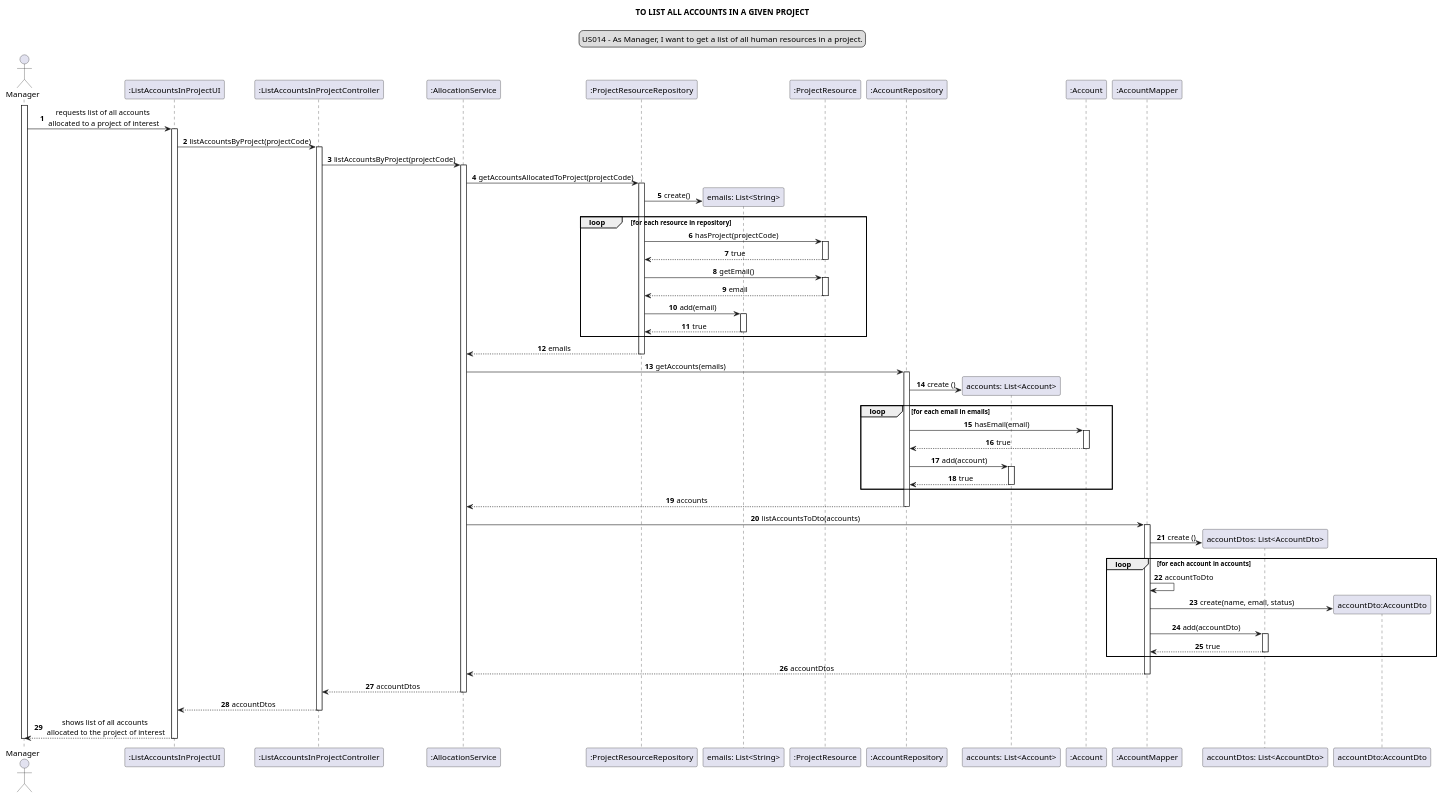
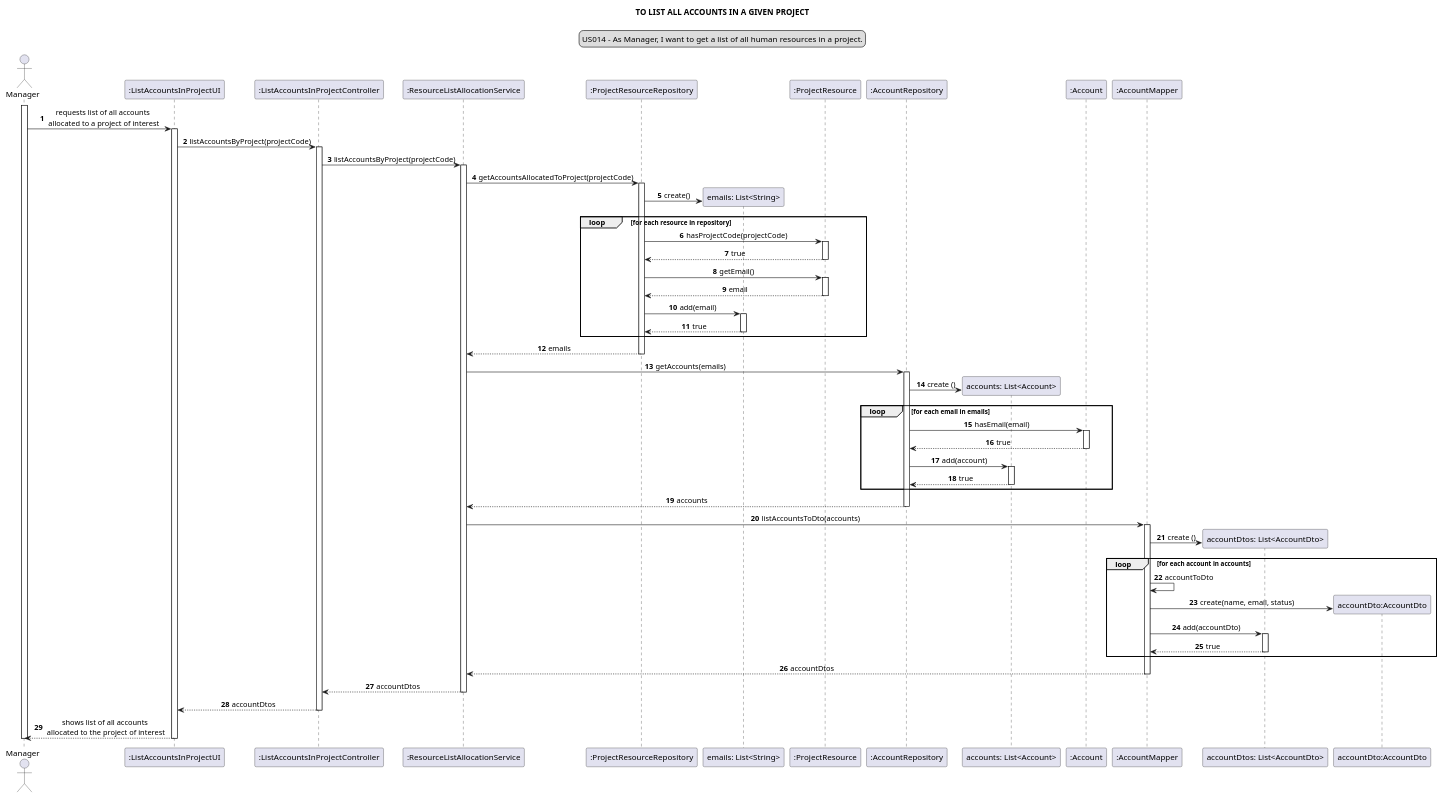
The diagram in docs/modelling_design/user_stories/sprint02/us014/US014_sequenceDiagram_ddd.puml (Loracline/project_switch_22-23), drawn with PlantUML before and after one commit. The commit also changed 1 other file, not shown here.

Commit message:
US014: Design: Updated sequence and class diagrams, addresses #435

```diff
--- a/docs/modelling_design/user_stories/sprint02/us014/US014_sequenceDiagram_ddd.puml
+++ b/docs/modelling_design/user_stories/sprint02/us014/US014_sequenceDiagram_ddd.puml
@@ -1,91 +1,91 @@
 @startuml
 
 skinparam sequenceMessageAlign center
 title TO LIST ALL ACCOUNTS IN A GIVEN PROJECT
 legend top
 US014 - As Manager, I want to get a list of all human resources in a project.
 end legend
 autonumber
 actor Manager
 
 participant ":ListAccountsInProjectUI" as ui
 participant ":ListAccountsInProjectController" as controller
-participant ":AllocationService" as service
+participant ":ResourceListAllocationService" as service
 participant ":ProjectResourceRepository" as resourceRepo
 participant "emails: List<String>" as emailList
 participant ":ProjectResource" as resource
 participant ":AccountRepository" as accountRepo
 participant "accounts: List<Account>" as list
 participant ":Account" as account
 participant ":AccountMapper" as mapper
 participant "accountDtos: List<AccountDto>" as dtoList
 participant "accountDto:AccountDto" as dto
 
 
 activate Manager
 Manager -> ui: requests list of all accounts\n allocated to a project of interest
 activate ui
 ui -> controller: listAccountsByProject(projectCode)
 activate controller
 controller -> service: listAccountsByProject(projectCode)
 activate service
 service -> resourceRepo: getAccountsAllocatedToProject(projectCode)
 activate resourceRepo
 create emailList
 resourceRepo -> emailList: create()
 loop for each resource in repository
-resourceRepo -> resource: hasProject(projectCode)
+resourceRepo -> resource: hasProjectCode(projectCode)
 activate resource
 resource --> resourceRepo: true
 deactivate
 resourceRepo -> resource: getEmail()
 activate resource
 resource --> resourceRepo: email
 deactivate
 resourceRepo -> emailList: add(email)
 activate emailList
 emailList --> resourceRepo: true
 deactivate
 end loop
 service <-- resourceRepo:  emails
 deactivate resourceRepo
 service -> accountRepo: getAccounts(emails)
 activate accountRepo
 create list
 accountRepo -> list: create ()
 loop for each email in emails
 accountRepo -> account: hasEmail(email)
 activate account
 account --> accountRepo: true
 deactivate account
 accountRepo -> list: add(account)
 activate list
 list --> accountRepo: true
 deactivate
 end loop
 accountRepo --> service: accounts
 deactivate accountRepo
 service -> mapper: listAccountsToDto(accounts)
 activate mapper
 create dtoList
 mapper -> dtoList: create ()
 loop for each account in accounts
 mapper -> mapper: accountToDto
 create dto
 mapper -> dto: create(name, email, status)
 mapper -> dtoList: add(accountDto)
 activate dtoList
 dtoList --> mapper: true
 deactivate
 end loop
 mapper --> service: accountDtos
 deactivate mapper
 service --> controller: accountDtos
 deactivate service
 controller --> ui: accountDtos
 deactivate controller
 ui --> Manager: shows list of all accounts\n allocated to the project of interest
 deactivate ui
 deactivate Manager
 
 @enduml
```
